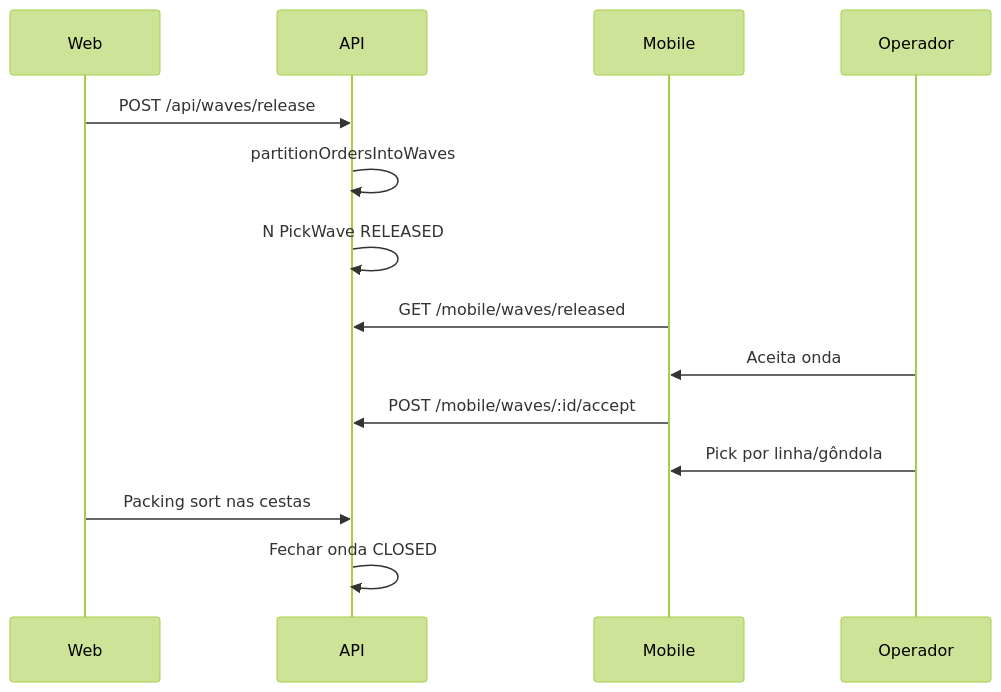
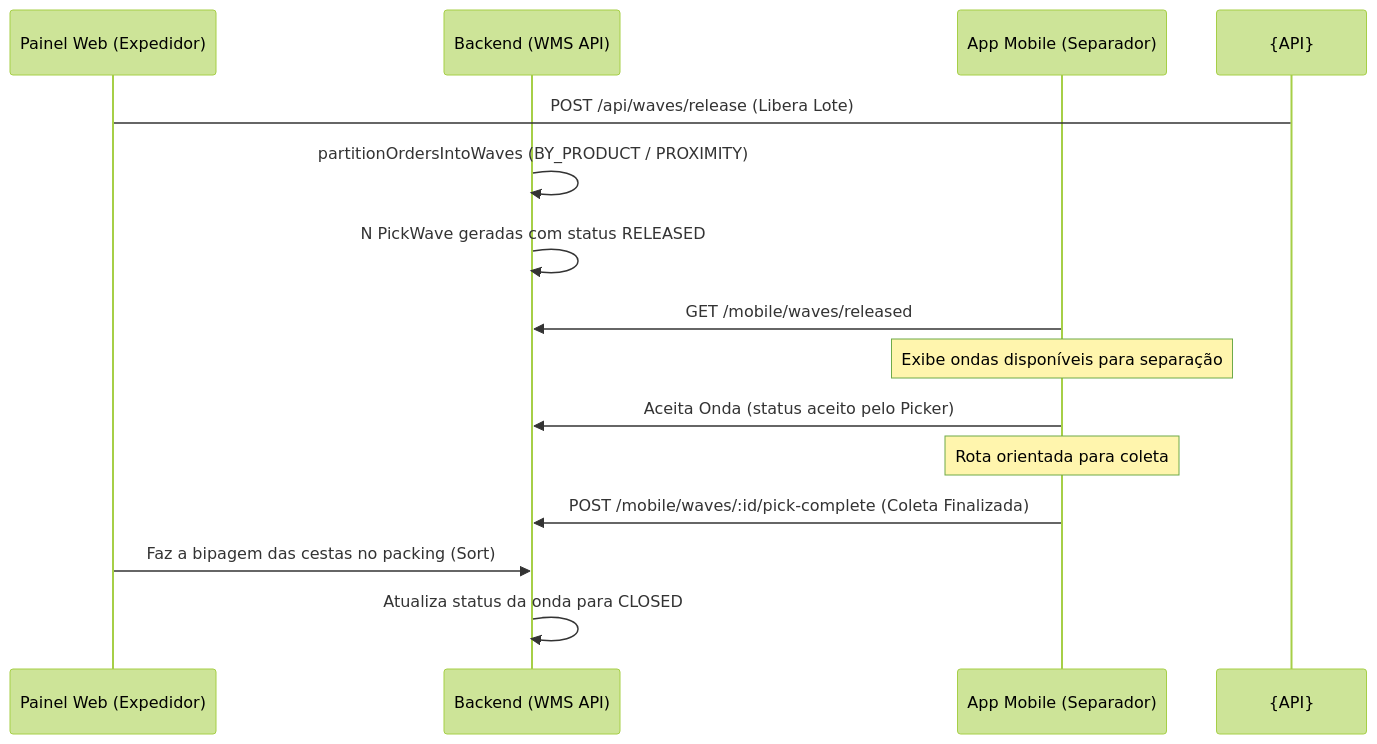
One commit to lfelipibarone/zentor-wms changed the diagram in docs/logica-ondas.md. Above: the diagram before and after it, drawn with Mermaid (forest theme). The commit also changed other lines of this file and 27 other files, not shown here.

````diff
--- a/docs/logica-ondas.md
+++ b/docs/logica-ondas.md
@@ -79,17 +99,17 @@
 ```mermaid
 sequenceDiagram
-  participant Web
-  participant API
-  participant Mobile
-  participant Operador
+    participant Web as Painel Web (Expedidor)
+    participant API as Backend (WMS API)
+    participant Mobile as App Mobile (Separador)
 
-  Web->>API: POST /api/waves/release
-  API->>API: partitionOrdersIntoWaves
-  API->>API: N PickWave RELEASED
-  Mobile->>API: GET /mobile/waves/released
-  Operador->>Mobile: Aceita onda
-  Mobile->>API: POST /mobile/waves/:id/accept
-  Operador->>Mobile: Pick por linha/gôndola
-  Web->>API: Packing sort nas cestas
-  API->>API: Fechar onda CLOSED
+    Web->{API}: POST /api/waves/release (Libera Lote)
+    API->>API: partitionOrdersIntoWaves (BY_PRODUCT / PROXIMITY)
+    API->>API: N PickWave geradas com status RELEASED
+    Mobile->>API: GET /mobile/waves/released
+    Note over Mobile: Exibe ondas disponíveis para separação
+    Mobile->>API: Aceita Onda (status aceito pelo Picker)
+    Note over Mobile: Rota orientada para coleta
+    Mobile->>API: POST /mobile/waves/:id/pick-complete (Coleta Finalizada)
+    Web->>API: Faz a bipagem das cestas no packing (Sort)
+    API->>API: Atualiza status da onda para CLOSED
 ```
````
